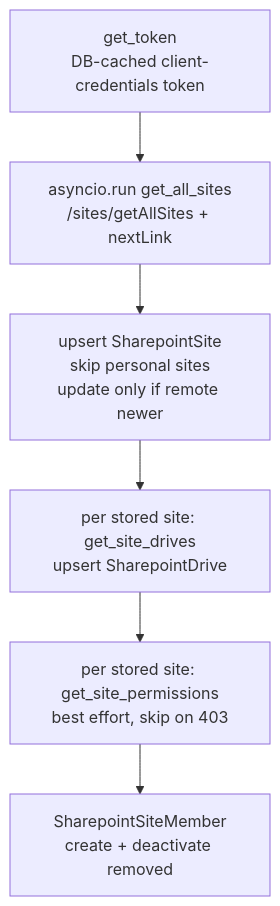
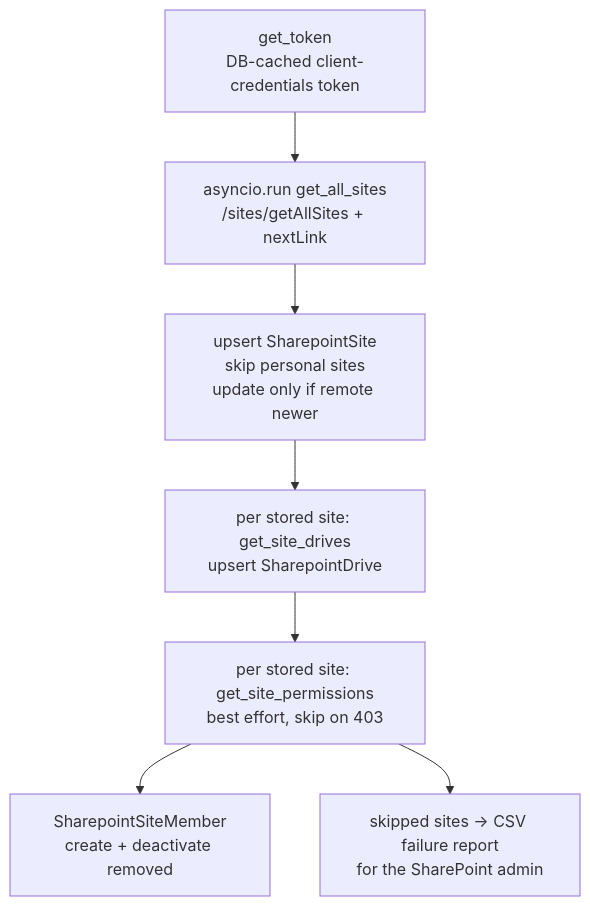
Before and after one commit to gelie/pwms_project: the diagram in src/pwms/docs/SharePoint Sync.md, drawn with Mermaid. The commit also changed other lines of this file and 2 other files, not shown here.

Commit message:
feat: add CSV report for SharePoint site member sync failures and enhance logging

````diff
--- a/src/pwms/docs/SharePoint Sync.md
+++ b/src/pwms/docs/SharePoint Sync.md
@@ -79,8 +86,9 @@
 ```mermaid
 flowchart TD
     A[get_token<br/>DB-cached client-credentials token] --> B
     B[asyncio.run get_all_sites<br/>/sites/getAllSites + nextLink] --> C
     C[upsert SharepointSite<br/>skip personal sites<br/>update only if remote newer] --> D
     D[per stored site: get_site_drives<br/>upsert SharepointDrive] --> E
     E[per stored site: get_site_permissions<br/>best effort, skip on 403] --> F[SharepointSiteMember<br/>create + deactivate removed]
+    E --> G[skipped sites → CSV failure report<br/>for the SharePoint admin]
 ```
````
